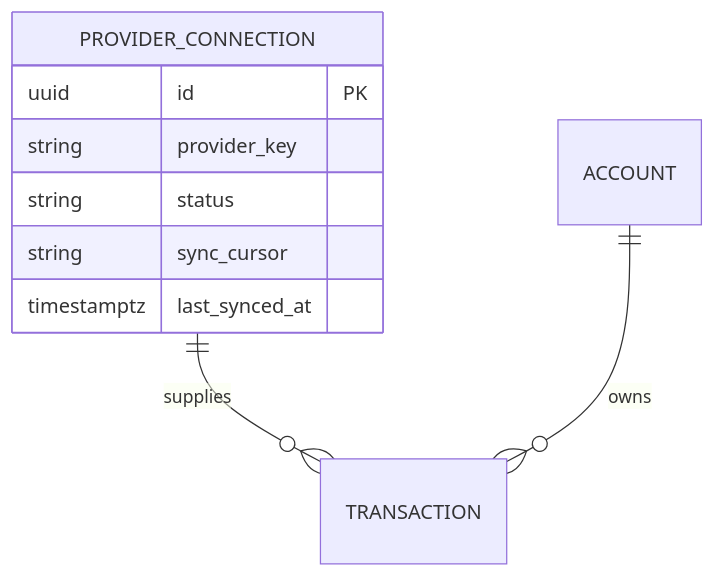
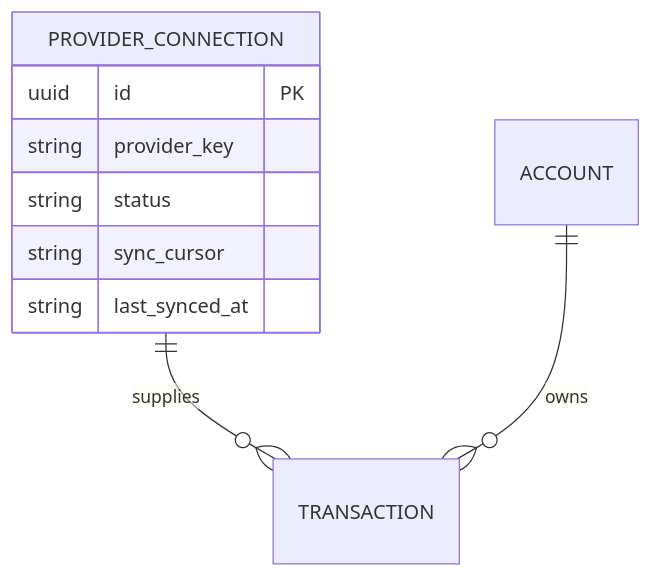
Before and after one commit to SimHoZebs/net-worth-estimator: the first of 4 diagrams in docs/unified-projection.md, drawn with Mermaid. The commit also changed other lines of this file and 67 other files, not shown here.

First line of the commit message:
docs(projection): unified architecture visuals and migration notes

````diff
--- a/docs/unified-projection.md
+++ b/docs/unified-projection.md
@@ -17,12 +34,12 @@
 ```mermaid
 erDiagram
     PROVIDER_CONNECTION ||--o{ TRANSACTION : supplies
     ACCOUNT ||--o{ TRANSACTION : owns
     PROVIDER_CONNECTION {
         uuid id PK
         string provider_key
         string status
         string sync_cursor
-        timestamptz last_synced_at
+        string last_synced_at
     }
 ```
````
